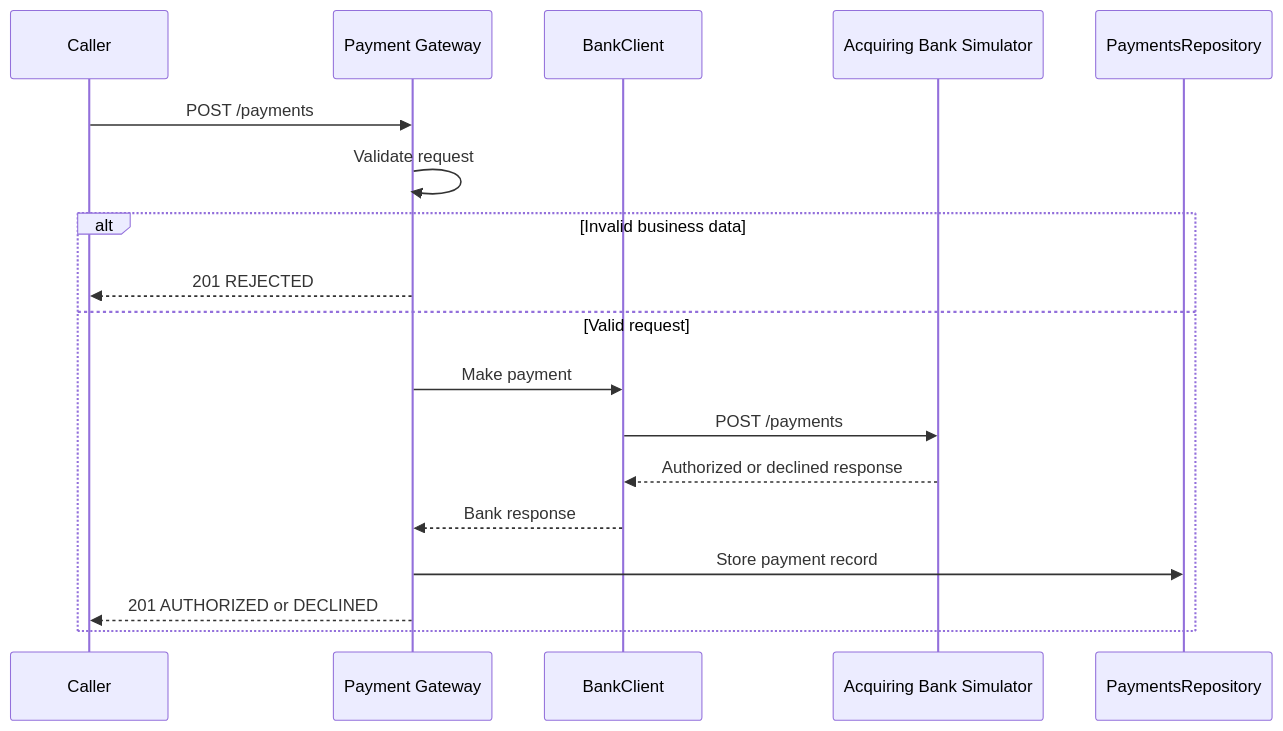
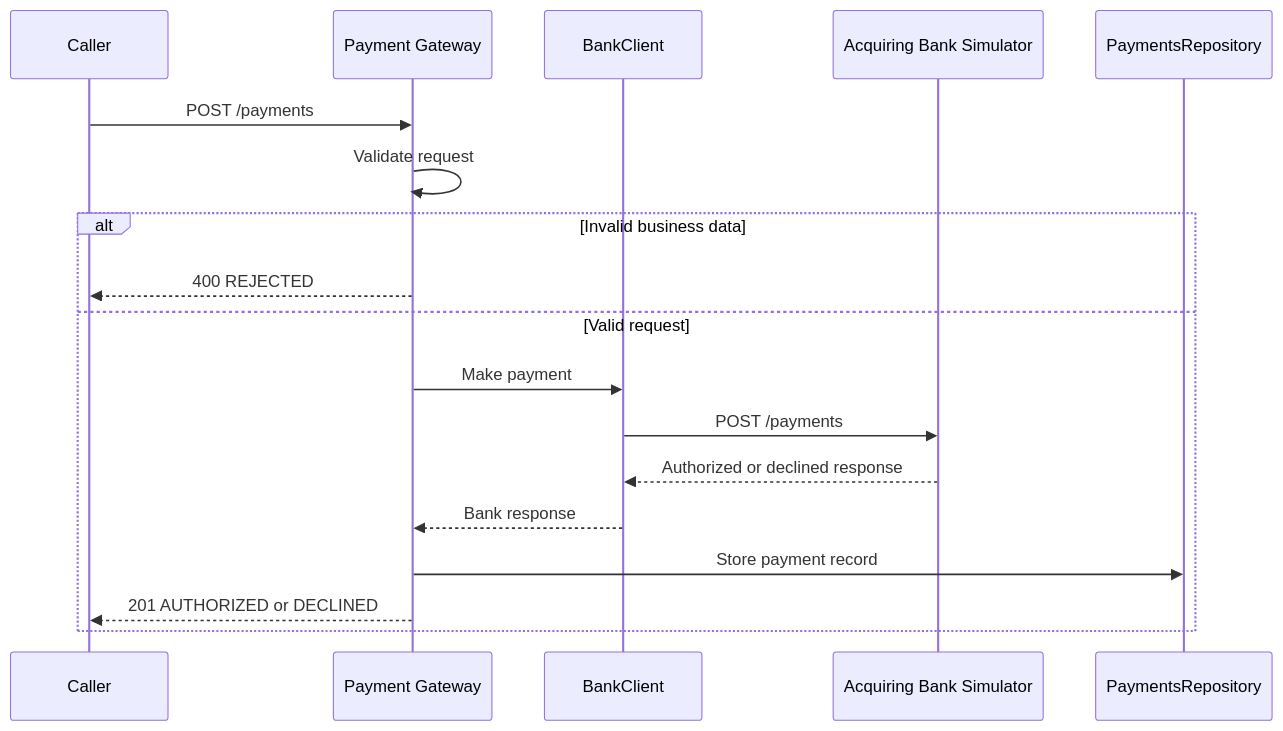
Before and after one commit to mythigh/payment-gateway-challenge: the second of 2 diagrams in README.md, drawn with Mermaid. The commit also changed other lines of this file and 2 other files, not shown here.

````diff
--- a/README.md
+++ b/README.md
@@ -93,21 +93,21 @@
 ```mermaid
 sequenceDiagram
   participant Caller
   participant Gateway as Payment Gateway
   participant BankClient as BankClient
   participant Bank as Acquiring Bank Simulator
   participant Repository as PaymentsRepository
 
   Caller->>Gateway: POST /payments
   Gateway->>Gateway: Validate request
   alt Invalid business data
-    Gateway-->>Caller: 201 REJECTED
+    Gateway-->>Caller: 400 REJECTED
   else Valid request
     Gateway->>BankClient: Make payment
     BankClient->>Bank: POST /payments
     Bank-->>BankClient: Authorized or declined response
     BankClient-->>Gateway: Bank response
     Gateway->>Repository: Store payment record
     Gateway-->>Caller: 201 AUTHORIZED or DECLINED
   end
 ```
````
